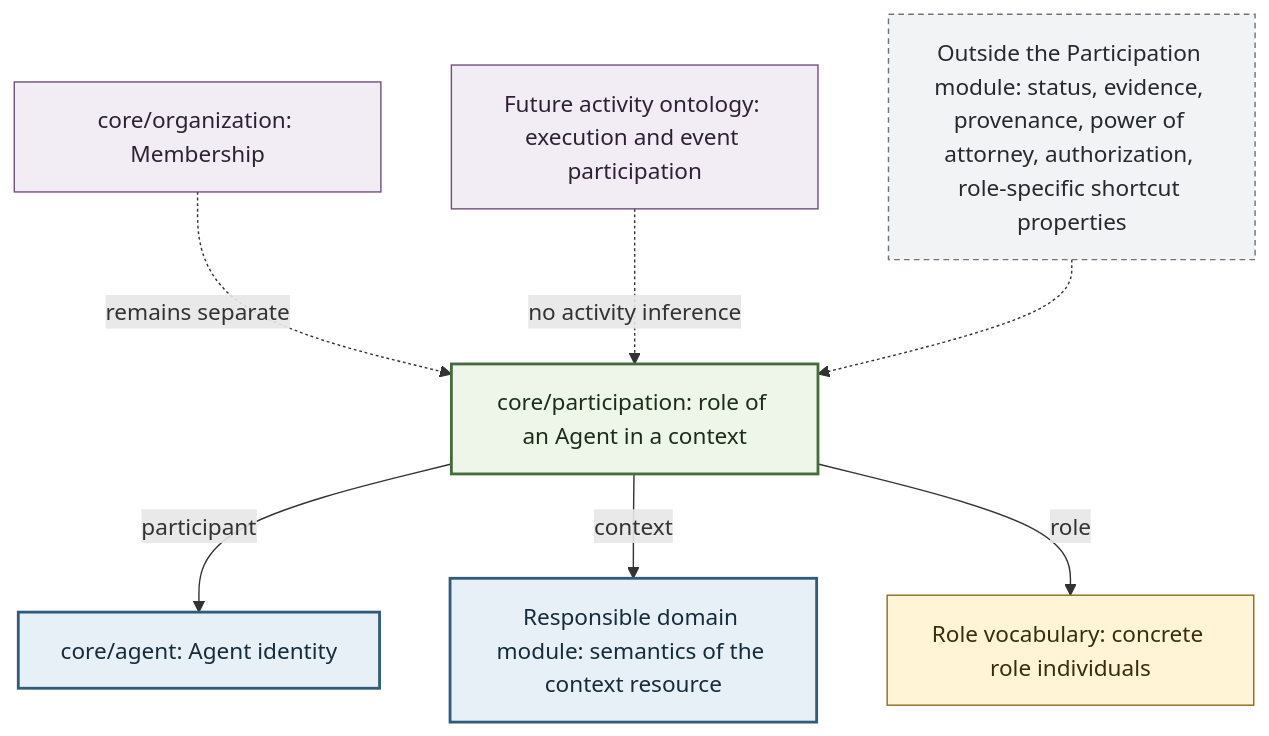
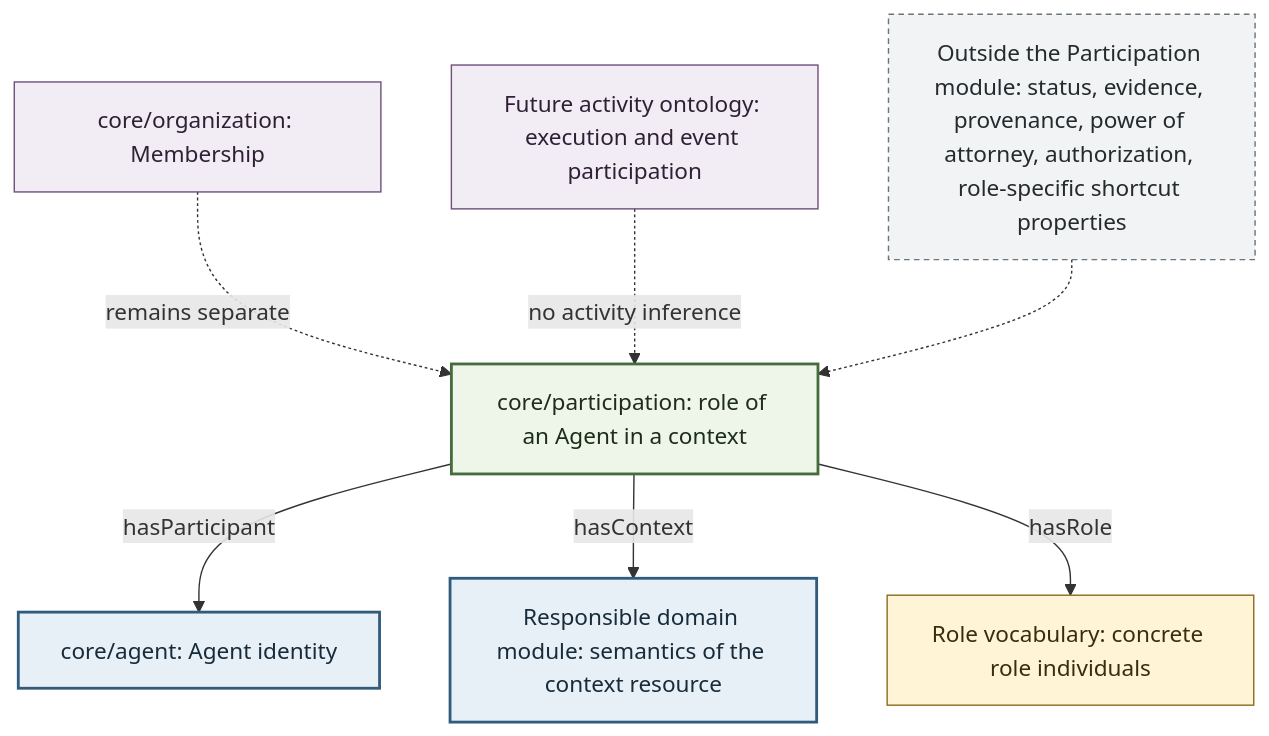
Before and after one commit to project-construct-x/constructx-ontologies: the sixth of 6 diagrams in modules/core/participation/docs/diagrams/participation-concept-model.md, drawn with Mermaid. The commit also changed other lines of this file and 43 other files, not shown here.

````diff
--- a/modules/core/participation/docs/diagrams/participation-concept-model.md
+++ b/modules/core/participation/docs/diagrams/participation-concept-model.md
@@ -237,31 +237,31 @@
 ```mermaid
 flowchart TB
     Agent["core/agent: Agent identity"]
     Participation["core/participation: role of an Agent in a context"]
     Membership["core/organization: Membership"]
     Activity["Future activity ontology: execution and event participation"]
     ContextModule["Responsible domain module: semantics of the context resource"]
     RoleVocab["Role vocabulary: concrete role individuals"]
 
-    Participation -->|"participant"| Agent
-    Participation -->|"context"| ContextModule
-    Participation -->|"role"| RoleVocab
+    Participation -->|"hasParticipant"| Agent
+    Participation -->|"hasContext"| ContextModule
+    Participation -->|"hasRole"| RoleVocab
 
     Membership -.->|"remains separate"| Participation
     Activity -.->|"no activity inference"| Participation
 
     Excluded["Outside the Participation module: status, evidence, provenance, power of attorney, authorization, role-specific shortcut properties"]
     Excluded -.-> Participation
 
     classDef external fill:#e7f0f7,stroke:#315b7d,color:#172b3a,stroke-width:2px;
     classDef participation fill:#edf6e9,stroke:#466b3c,color:#1d2d19,stroke-width:2px;
     classDef separate fill:#f2edf5,stroke:#70517d,color:#2f2135;
     classDef vocab fill:#fff4d6,stroke:#8c6d1f,color:#392d0e;
     classDef excluded fill:#f1f3f4,stroke:#6b747a,color:#252a2d,stroke-dasharray:4 3;
 
     class Agent,ContextModule external;
     class Participation participation;
     class Membership,Activity separate;
     class RoleVocab vocab;
     class Excluded excluded;
 ```
````
